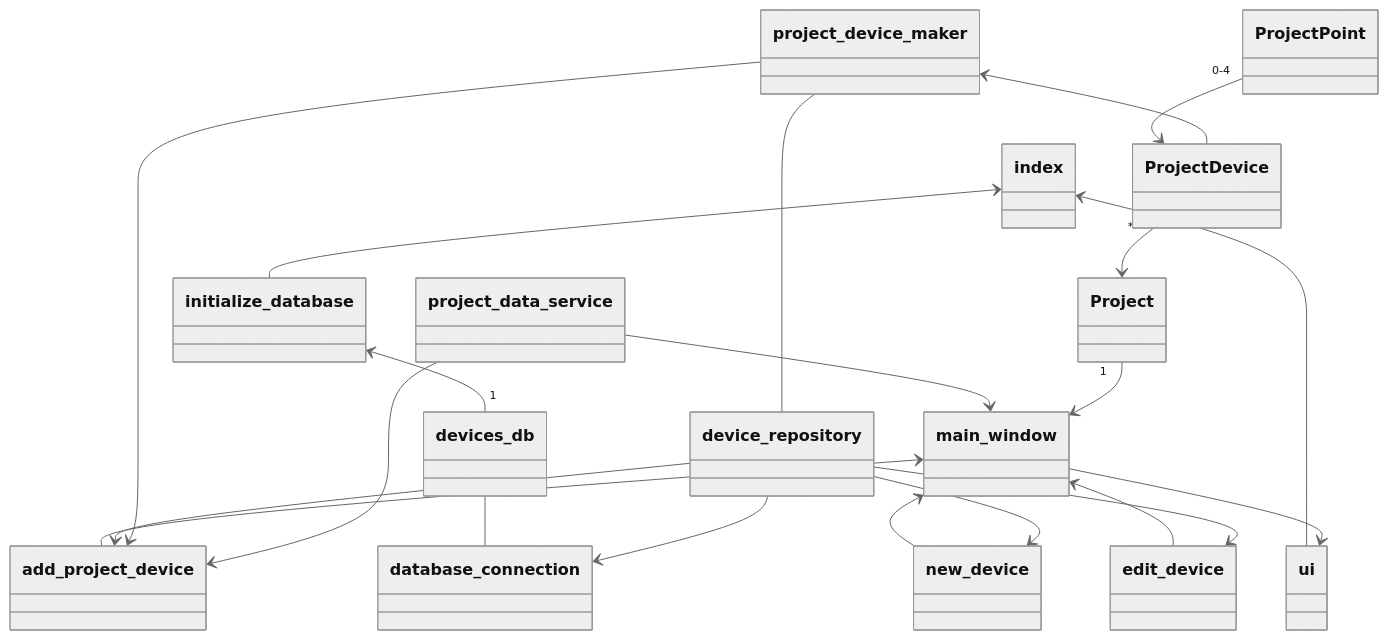
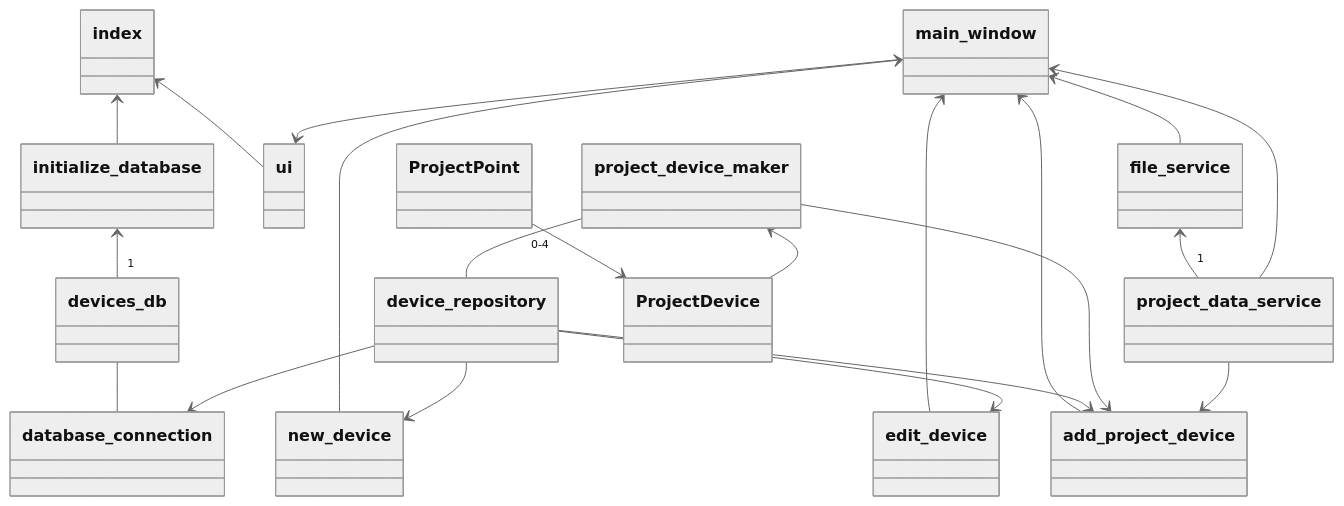
The diagram in dokumentaatio/arkkitehtuuri.md (attesan/ot-harjoitustyo), drawn with Mermaid (neutral theme) before and after one commit. The commit also changed other lines of this file, not shown here.

````diff
--- a/dokumentaatio/arkkitehtuuri.md
+++ b/dokumentaatio/arkkitehtuuri.md
@@ -2,24 +2,24 @@
 ```mermaid
 classDiagram
     devices_db -- database_connection
     device_repository --> database_connection
     index <-- initialize_database
     initialize_database <-- "1" devices_db
     index <-- ui
     main_window <-- new_device
     main_window <-- edit_device
     main_window --> ui
     main_window <-- add_project_device
+    main_window <-- file_service
+    file_service <-- "1" project_data_service
     device_repository --> new_device
     device_repository --> edit_device
     device_repository --> add_project_device
     project_device_maker --> add_project_device
     project_device_maker -- device_repository
     project_data_service --> main_window
     project_data_service --> add_project_device
     
-    Project "1" --> main_window
-    ProjectDevice "*" --> Project
     ProjectPoint "0-4" --> ProjectDevice
     project_device_maker <-- ProjectDevice
 ```  
````
